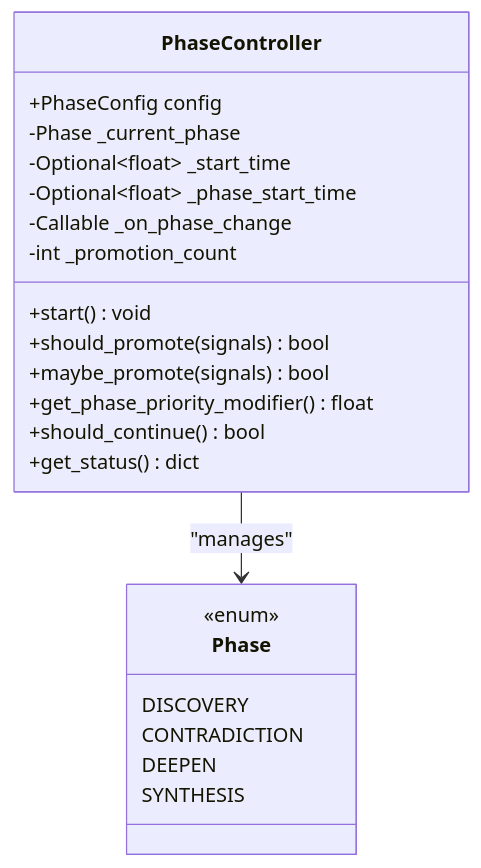
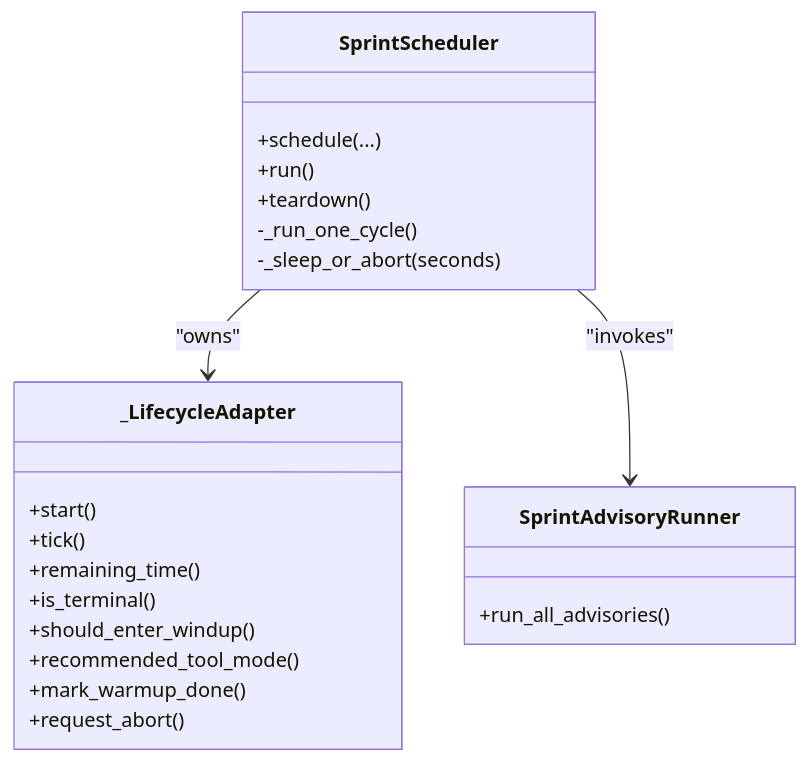
The fifth of 6 diagrams in .qoder/repowiki/en/content/Runtime Management/Sprint Lifecycle Management.md (Hamulda/hledac-universal), drawn with Mermaid before and after one commit. The commit also changed other lines of this file and 236 other files, not shown here.

Commit message:
feat: F234 prelive gate, acquisition strategy and sprint scheduler improvements

````diff
--- a/.qoder/repowiki/en/content/Runtime Management/Sprint Lifecycle Management.md
+++ b/.qoder/repowiki/en/content/Runtime Management/Sprint Lifecycle Management.md
@@ -240,25 +197,25 @@
 ```mermaid
 classDiagram
-class PhaseController {
-+PhaseConfig config
--Phase _current_phase
--Optional~float~ _start_time
--Optional~float~ _phase_start_time
--Callable _on_phase_change
--int _promotion_count
-+start() void
-+should_promote(signals) bool
-+maybe_promote(signals) bool
-+get_phase_priority_modifier() float
-+should_continue() bool
-+get_status() dict
+class SprintScheduler {
++schedule(...)
++run()
++teardown()
+-_run_one_cycle()
+-_sleep_or_abort(seconds)
 }
-class Phase {
-<<enum>>
-DISCOVERY
-CONTRADICTION
-DEEPEN
-SYNTHESIS
+class _LifecycleAdapter {
++start()
++tick()
++remaining_time()
++is_terminal()
++should_enter_windup()
++recommended_tool_mode()
++mark_warmup_done()
++request_abort()
 }
-PhaseController --> Phase : "manages"
+class SprintAdvisoryRunner {
++run_all_advisories()
+}
+SprintScheduler --> _LifecycleAdapter : "owns"
+SprintScheduler --> SprintAdvisoryRunner : "invokes"
 ```
````
